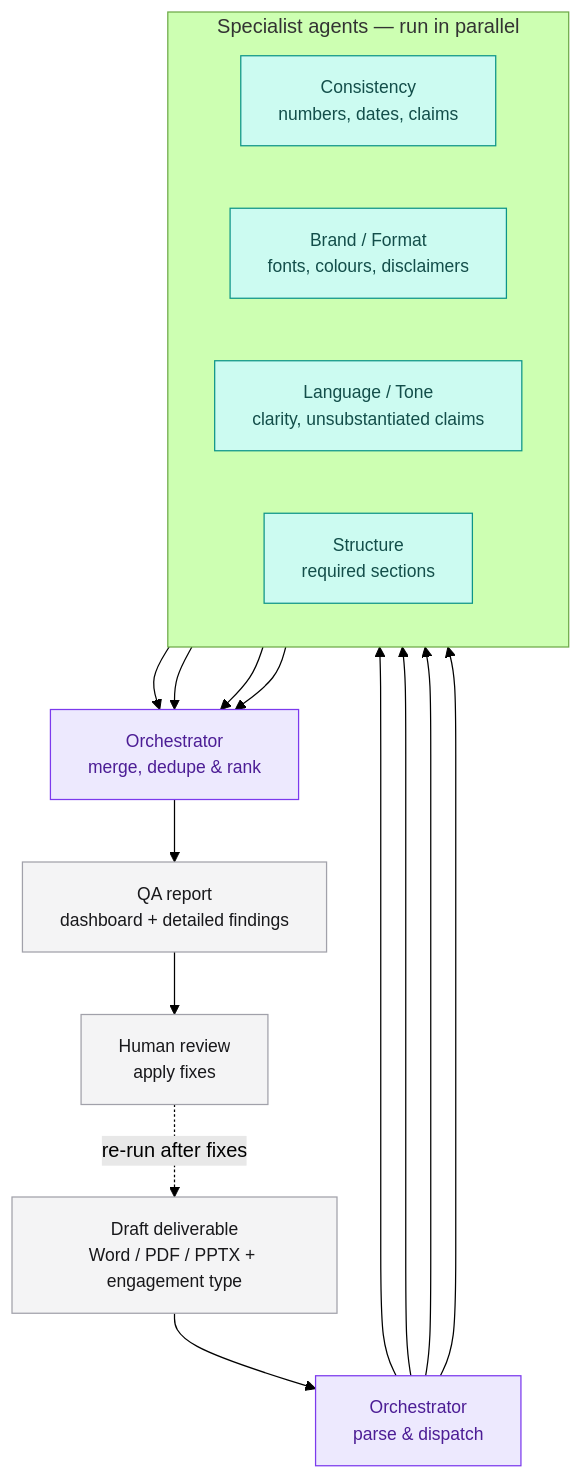
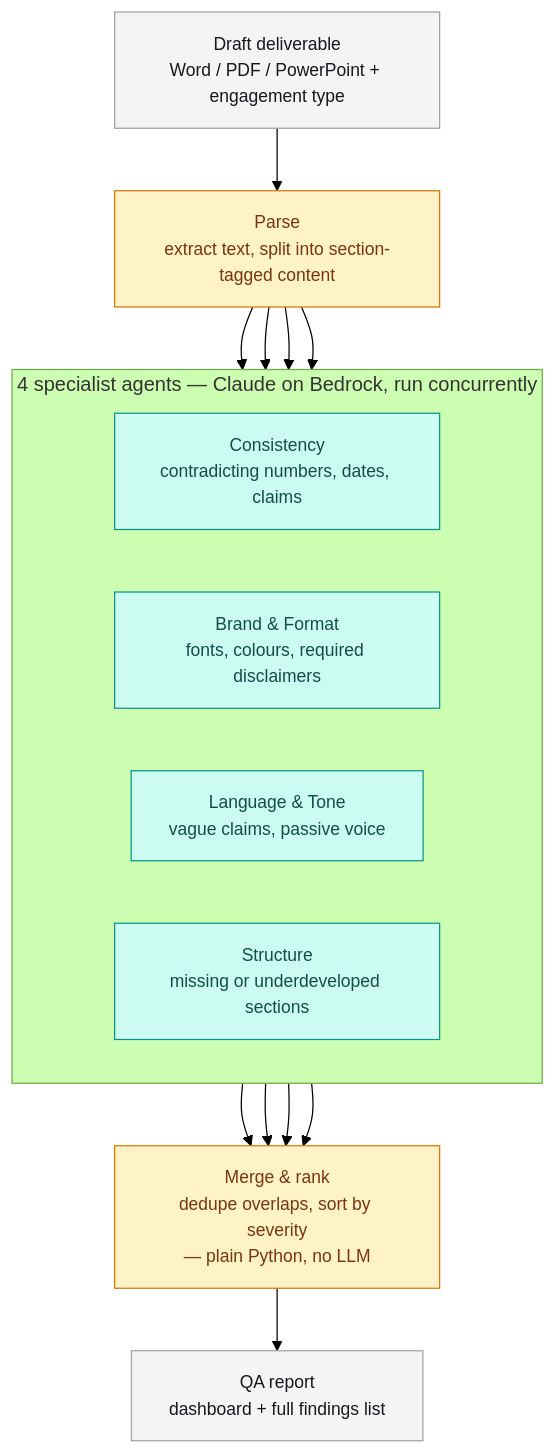
Before and after one commit to arifbazli/deliverableqa-agent: the diagram in README.md, drawn with Mermaid (forest theme). The commit also changed other lines of this file, not shown here.

First line of the commit message:
Rewrite README architecture diagram and repo structure for accuracy

````diff
--- a/README.md
+++ b/README.md
@@ -24,36 +24,36 @@
 ```mermaid
 flowchart TD
-    A["Draft deliverable<br/>Word / PDF / PPTX + engagement type"] --> B
+    DOC["Draft deliverable<br/>Word / PDF / PowerPoint + engagement type"]
 
-    B["Orchestrator<br/>parse & dispatch"] --> C1
-    B --> C2
-    B --> C3
-    B --> C4
+    DOC --> PARSE["Parse<br/>extract text, split into section-tagged content"]
 
-    subgraph agents [" Specialist agents — run in parallel "]
+    PARSE --> CONS
+    PARSE --> BRAND
+    PARSE --> TONE
+    PARSE --> STRUCT
+
+    subgraph review [" 4 specialist agents — Claude on Bedrock, run concurrently "]
         direction LR
-        C1["Consistency<br/>numbers, dates, claims"]
-        C2["Brand / Format<br/>fonts, colours, disclaimers"]
-        C3["Language / Tone<br/>clarity, unsubstantiated claims"]
-        C4["Structure<br/>required sections"]
+        CONS["Consistency<br/>contradicting numbers, dates, claims"]
+        BRAND["Brand & Format<br/>fonts, colours, required disclaimers"]
+        TONE["Language & Tone<br/>vague claims, passive voice"]
+        STRUCT["Structure<br/>missing or underdeveloped sections"]
     end
 
-    C1 --> D
-    C2 --> D
-    C3 --> D
-    C4 --> D
+    CONS --> MERGE
+    BRAND --> MERGE
+    TONE --> MERGE
+    STRUCT --> MERGE
 
-    D["Orchestrator<br/>merge, dedupe & rank"] --> E
-    E["QA report<br/>dashboard + detailed findings"] --> F
-    F["Human review<br/>apply fixes"] -.->|re-run after fixes| A
+    MERGE["Merge & rank<br/>dedupe overlaps, sort by severity<br/>— plain Python, no LLM"] --> REPORT
 
-    classDef input fill:#f4f4f5,stroke:#a1a1aa,color:#18181b,font-size:14px
-    classDef control fill:#ede9fe,stroke:#7c3aed,color:#4c1d95,font-size:14px
-    classDef agent fill:#ccfbf1,stroke:#0d9488,color:#134e4a,font-size:14px
-    classDef output fill:#f4f4f5,stroke:#a1a1aa,color:#18181b,font-size:14px
+    REPORT["QA report<br/>dashboard + full findings list"]
 
-    class A input
-    class B,D control
-    class C1,C2,C3,C4 agent
-    class E,F output
+    classDef ioStyle fill:#f4f4f5,stroke:#a1a1aa,color:#18181b,font-size:14px
+    classDef pythonStep fill:#fef3c7,stroke:#d97706,color:#78350f,font-size:14px
+    classDef agentStyle fill:#ccfbf1,stroke:#0d9488,color:#134e4a,font-size:14px
+
+    class DOC,REPORT ioStyle
+    class PARSE,MERGE pythonStep
+    class CONS,BRAND,TONE,STRUCT agentStyle
 ```
````
